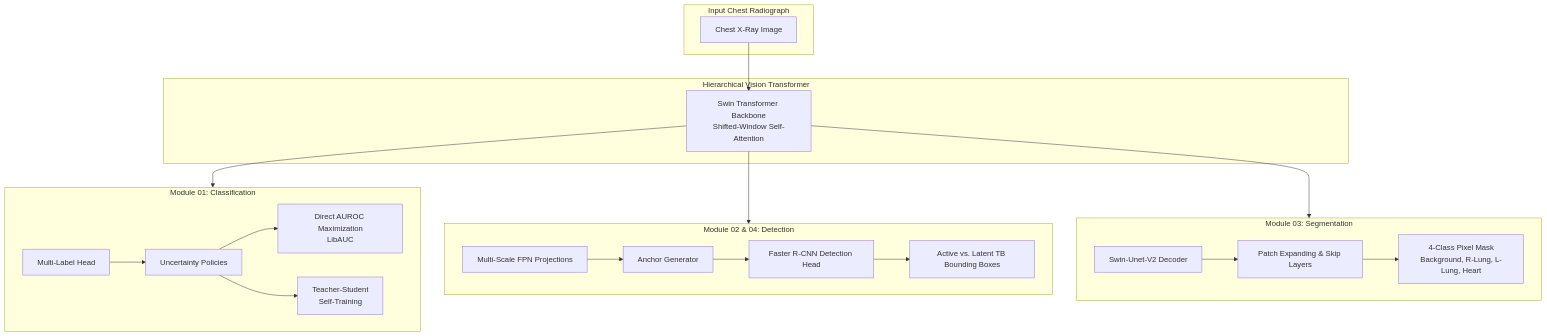
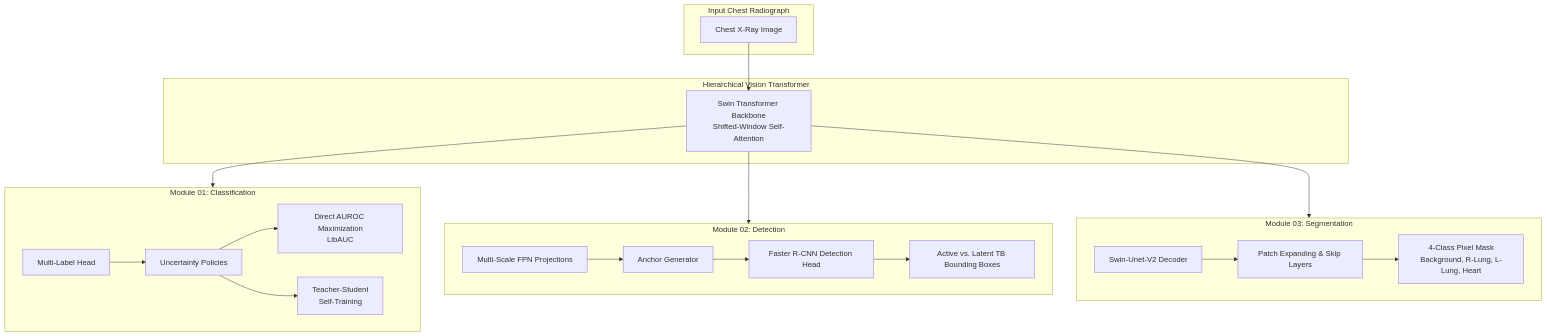
One commit to smanika3/Swin-CXR-Suite changed the diagram in README.md. Above: the diagram before and after it, drawn with Mermaid. The commit also changed other lines of this file and 43 other files, not shown here.

First line of the commit message:
Make the stratified Swin-FPN pipeline the TB detection module

````diff
--- a/README.md
+++ b/README.md
@@ -18,32 +18,32 @@
 ```mermaid
 flowchart TD
     subgraph Input ["Input Chest Radiograph"]
         IMG[Chest X-Ray Image]
     end
 
     subgraph Backbone ["Hierarchical Vision Transformer"]
         SWIN[Swin Transformer Backbone<br>Shifted-Window Self-Attention]
     end
 
     subgraph Task1 ["Module 01: Classification"]
         C1[Multi-Label Head] --> C2[Uncertainty Policies]
         C2 --> C3[Direct AUROC Maximization<br>LibAUC]
         C2 --> C4[Teacher-Student<br>Self-Training]
     end
 
-    subgraph Task2 ["Module 02 & 04: Detection"]
+    subgraph Task2 ["Module 02: Detection"]
         D1[Multi-Scale FPN Projections] --> D2[Anchor Generator]
         D2 --> D3[Faster R-CNN Detection Head]
         D3 --> D4[Active vs. Latent TB Bounding Boxes]
     end
 
     subgraph Task3 ["Module 03: Segmentation"]
         S1[Swin-Unet-V2 Decoder] --> S2[Patch Expanding & Skip Layers]
         S2 --> S3[4-Class Pixel Mask<br>Background, R-Lung, L-Lung, Heart]
     end
 
     IMG --> SWIN
     SWIN --> Task1
     SWIN --> Task2
     SWIN --> Task3
 ```
````
